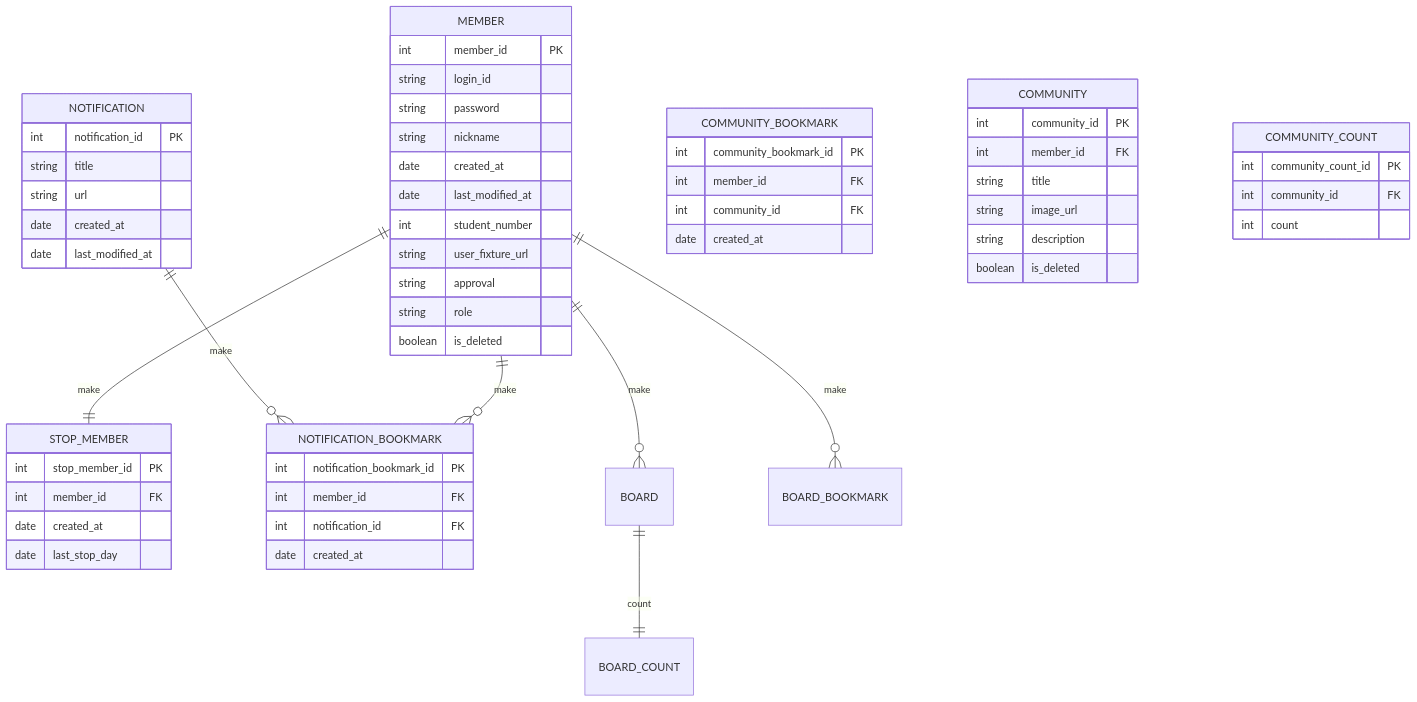
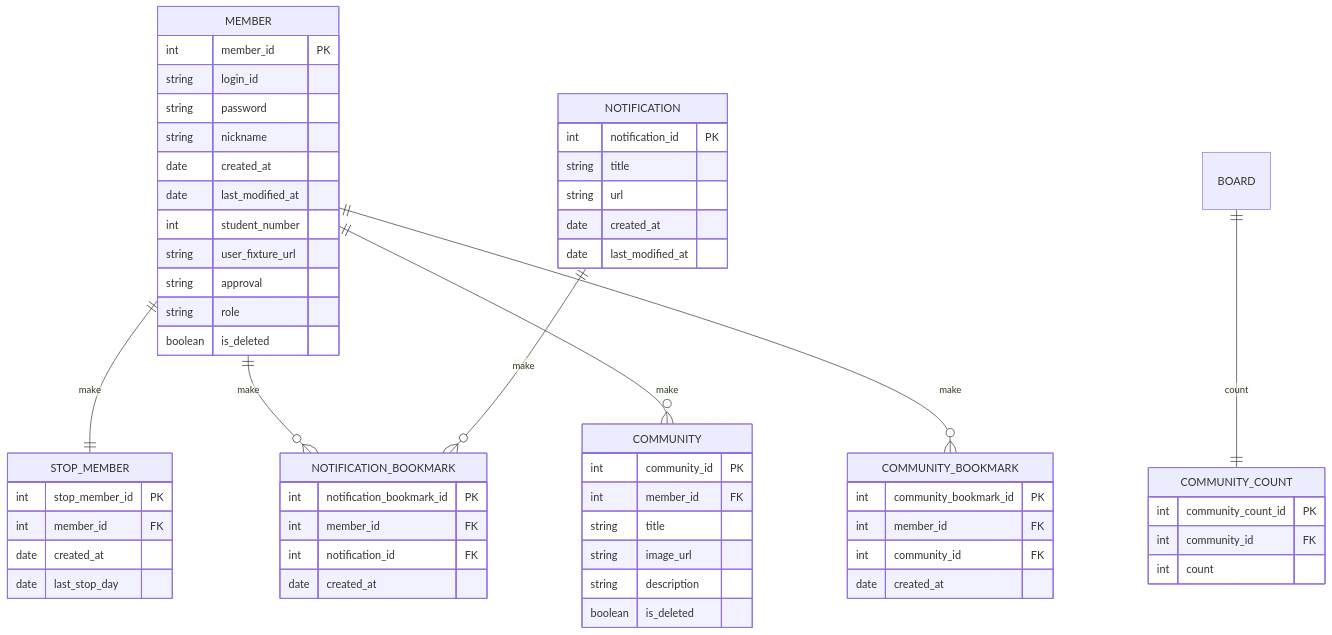
One commit to android-project-04/cbnu-sw-alrami changed the second of 2 diagrams in README.md. Above: the diagram before and after it, drawn with Mermaid.

````diff
--- a/README.md
+++ b/README.md
@@ -68,67 +68,67 @@
 ``` mermaid
 erDiagram
     MEMBER ||--|| STOP_MEMBER : make
     MEMBER ||--o{ NOTIFICATION_BOOKMARK : make
     NOTIFICATION ||--o{ NOTIFICATION_BOOKMARK : make
-    MEMBER ||--o{ BOARD : make
-    MEMBER ||--o{ BOARD_BOOKMARK : make
-    BOARD ||--|| BOARD_COUNT : count
+    MEMBER ||--o{ COMMUNITY : make
+    MEMBER ||--o{ COMMUNITY_BOOKMARK : make
+    BOARD ||--|| COMMUNITY_COUNT : count
 
     MEMBER {
         int member_id PK
         string login_id
         string password
         string nickname
         date created_at
         date last_modified_at
         int student_number
         string user_fixture_url
         string approval
         string role
         boolean is_deleted
     }
 
     STOP_MEMBER {
         int stop_member_id PK
         int member_id FK
         date created_at
         date last_stop_day
     }
 
     NOTIFICATION_BOOKMARK {
         int notification_bookmark_id PK
         int member_id FK
         int notification_id FK
         date created_at
     }
 
     NOTIFICATION {
         int notification_id PK
         string title
         string url
         date created_at
         date last_modified_at
     }
 
     COMMUNITY_BOOKMARK {
         int community_bookmark_id PK
         int member_id FK
         int community_id FK
         date created_at
     }
 
     COMMUNITY {
         int community_id PK
         int member_id FK
         string title 
         string image_url
         string description
         boolean is_deleted
     }
 
     COMMUNITY_COUNT {
         int community_count_id PK
         int community_id FK
         int count
     }
 ```
````
